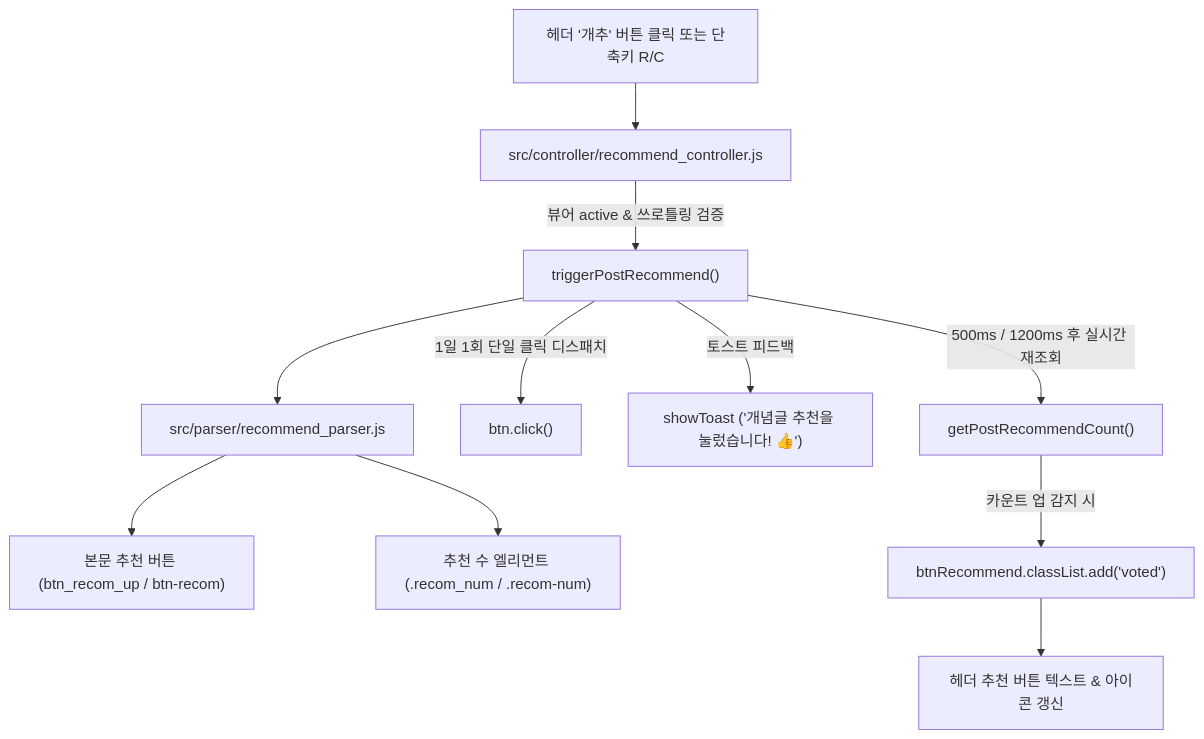
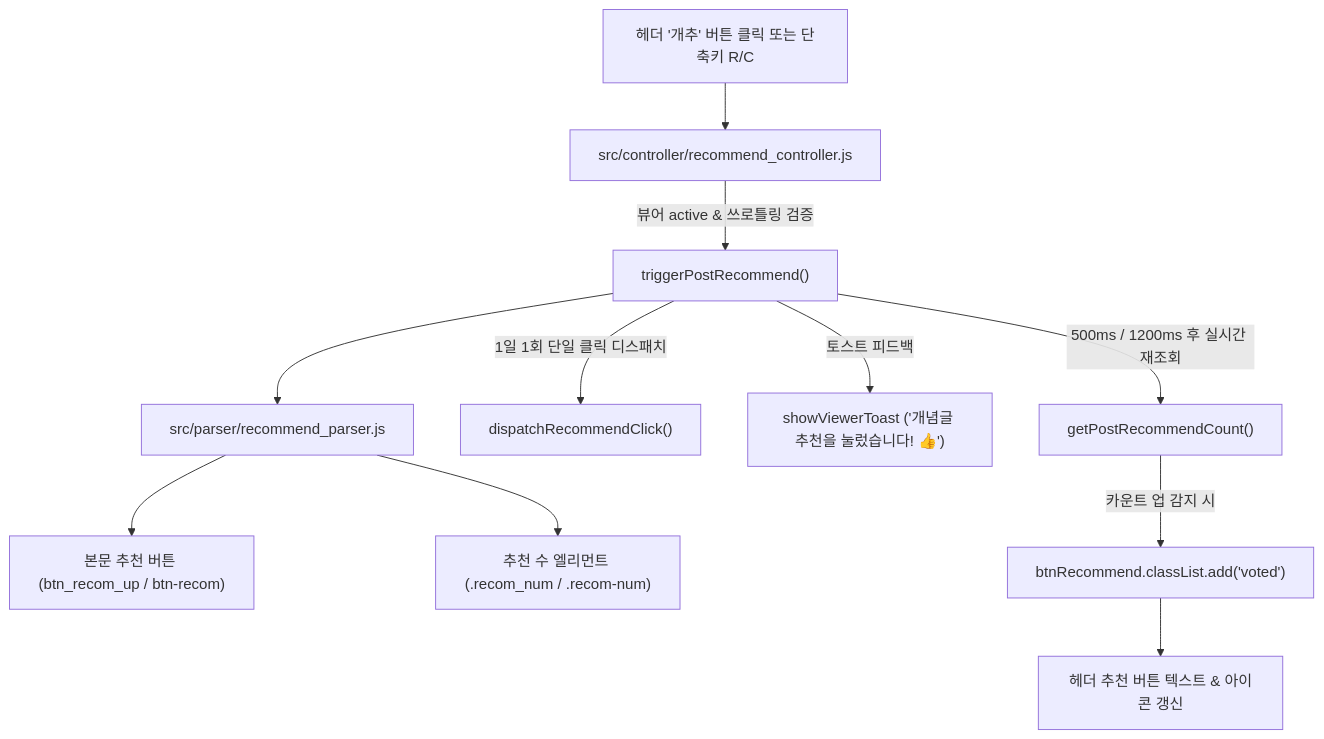
One commit to widegather1216/disagall_viewer changed the diagram in docs/features/post-recommend/architecture.md. Above: the diagram before and after it, drawn with Mermaid. The commit also changed other lines of this file and 20 other files, not shown here.

````diff
--- a/docs/features/post-recommend/architecture.md
+++ b/docs/features/post-recommend/architecture.md
@@ -5,16 +5,16 @@
 ```mermaid
 flowchart TD
     UserAction["헤더 '개추' 버튼 클릭 또는 단축키 R/C"] --> Controller["src/controller/recommend_controller.js"]
     Controller -->|뷰어 active & 쓰로틀링 검증| Dispatcher["triggerPostRecommend()"]
     
     Dispatcher --> Parser["src/parser/recommend_parser.js"]
     Parser --> DomBtn["본문 추천 버튼 (btn_recom_up / btn-recom)"]
     Parser --> CountSpan["추천 수 엘리먼트 (.recom_num / .recom-num)"]
     
-    Dispatcher -->|1일 1회 단일 클릭 디스패치| NativeClick["btn.click()"]
-    Dispatcher -->|토스트 피드백| Toast["showToast ('개념글 추천을 눌렀습니다! 👍')"]
+    Dispatcher -->|1일 1회 단일 클릭 디스패치| NativeClick["dispatchRecommendClick()"]
+    Dispatcher -->|토스트 피드백| Toast["showViewerToast ('개념글 추천을 눌렀습니다! 👍')"]
     
     Dispatcher -->|500ms / 1200ms 후 실시간 재조회| RefreshCount["getPostRecommendCount()"]
     RefreshCount -->|카운트 업 감지 시| VotedState["btnRecommend.classList.add('voted')"]
     VotedState --> HeaderUI["헤더 추천 버튼 텍스트 & 아이콘 갱신"]
 ```
````
